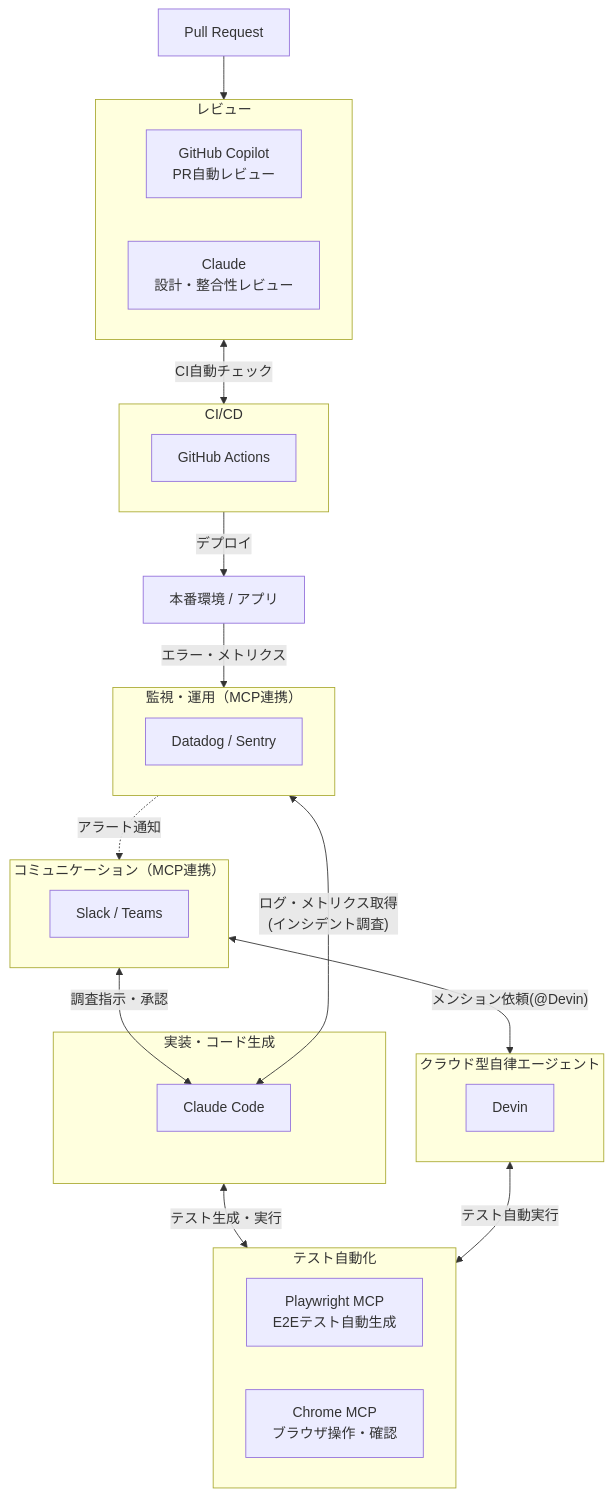
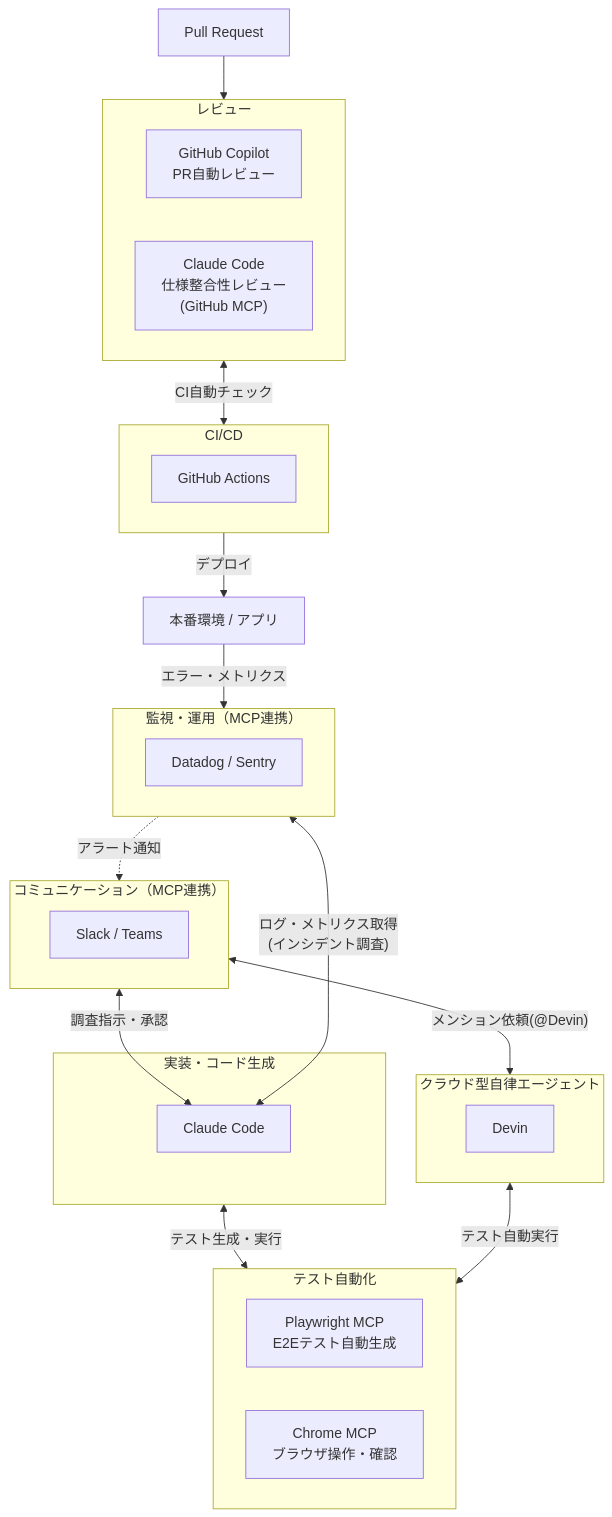
One commit to takuma39/ai changed the second of 13 diagrams in AI駆動開発.md. Above: the diagram before and after it, drawn with Mermaid. The commit also changed other lines of this file, not shown here.

````diff
--- a/AI駆動開発.md
+++ b/AI駆動開発.md
@@ -103,47 +103,47 @@
 ```mermaid
 graph TD
     PR["Pull Request"]
 
     subgraph impl["実装・コード生成"]
         CC["Claude Code"]
     end
 
     subgraph saas_agent["クラウド型自律エージェント"]
         Devin["Devin"]
     end
 
     subgraph review["レビュー"]
         Copilot["GitHub Copilot<br/>PR自動レビュー"]
-        ClaudeRev["Claude<br/>設計・整合性レビュー"]
+        ClaudeRev["Claude Code<br/>仕様整合性レビュー<br/>(GitHub MCP)"]
     end
 
     subgraph testing["テスト自動化"]
         PW["Playwright MCP<br/>E2Eテスト自動生成"]
         Chrome["Chrome MCP<br/>ブラウザ操作・確認"]
     end
 
     subgraph cicd["CI/CD"]
         GHActions["GitHub Actions"]
     end
 
     subgraph monitoring["監視・運用（MCP連携）"]
         Monitor["Datadog / Sentry"]
     end
 
     subgraph communication["コミュニケーション（MCP連携）"]
         Slack["Slack / Teams"]
     end
 
     Prod["本番環境 / アプリ"]
 
     PR --> review
     impl <-->|"テスト生成・実行"| testing
     saas_agent <-->|"テスト自動実行"| testing
     review <-->|"CI自動チェック"| cicd
     cicd -->|"デプロイ"| Prod
     Prod -->|"エラー・メトリクス"| monitoring
     monitoring -.->|"アラート通知"| communication
     communication <-->|"調査指示・承認"| CC
     communication <-->|"メンション依頼(@Devin)"| saas_agent
     monitoring <-->|"ログ・メトリクス取得<br/>(インシデント調査)"| CC
 ```
````
